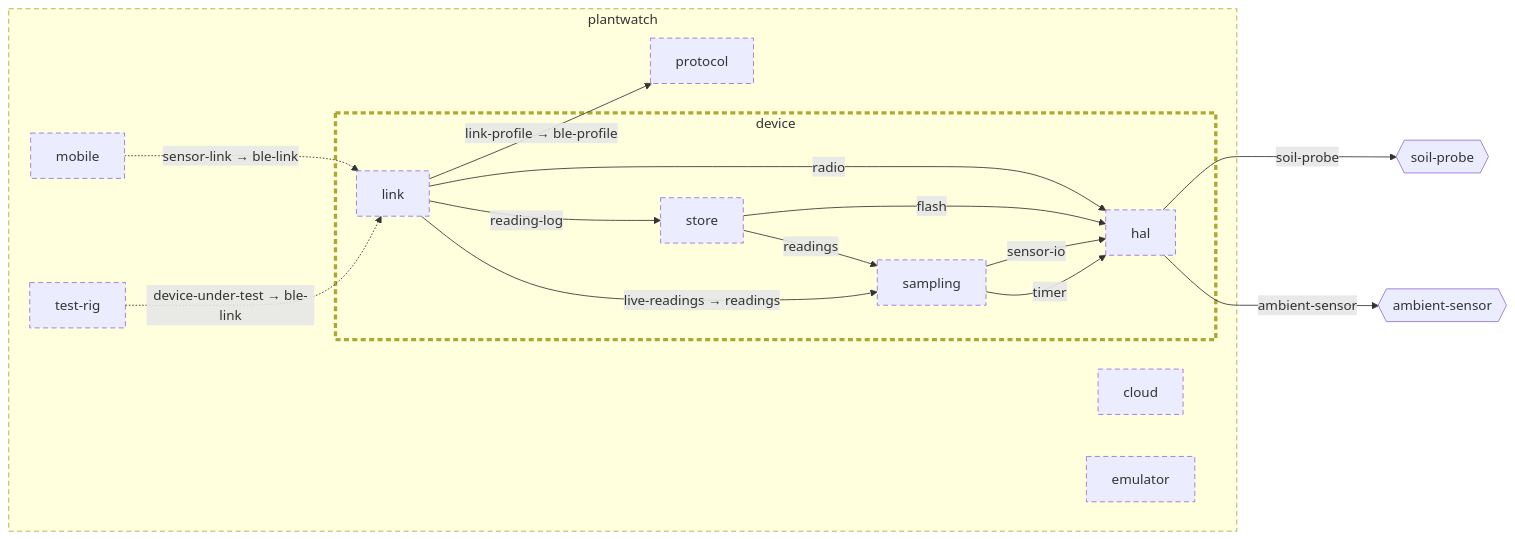
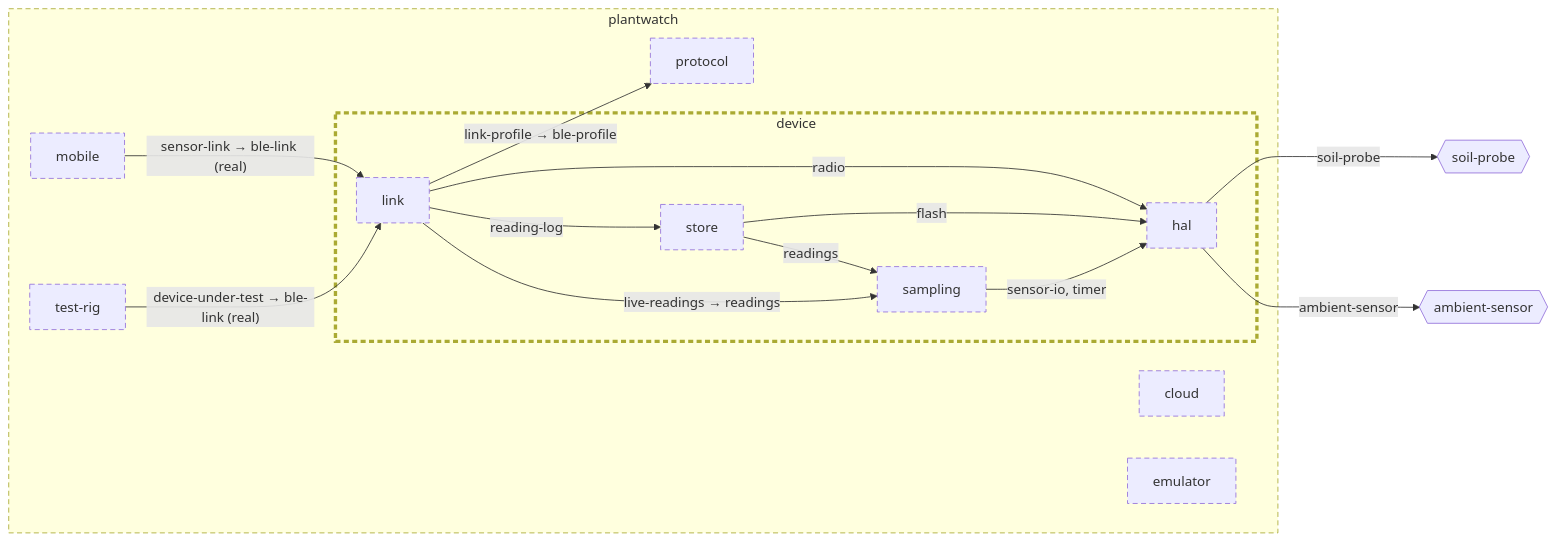
One commit to wackazong/unifold changed the diagram in examples/plantwatch/device/doc/diagrams/architecture.md. Above: the diagram before and after it, drawn with Mermaid. The commit also changed other lines of this file and 330 other files, not shown here.

````diff
--- a/examples/plantwatch/device/doc/diagrams/architecture.md
+++ b/examples/plantwatch/device/doc/diagrams/architecture.md
@@ -8,43 +8,34 @@
 ```mermaid
 flowchart LR
   subgraph u_root["plantwatch"]
     u_cloud["cloud"]
     subgraph u_device["device"]
-      u_device_hal["hal"]
-      u_device_link["link"]
-      u_device_sampling["sampling"]
-      u_device_store["store"]
+      u_device__hal["hal"]
+      u_device__link["link"]
+      u_device__sampling["sampling"]
+      u_device__store["store"]
     end
     u_emulator["emulator"]
     u_mobile["mobile"]
     u_protocol["protocol"]
-    u_test_rig["test-rig"]
+    u_test_drig["test-rig"]
   end
-  n_root_soil_probe{{"soil-probe"}}
-  n_root_ambient_sensor{{"ambient-sensor"}}
-  u_device_hal -->|"soil-probe"| n_root_soil_probe
-  u_device_hal -->|"ambient-sensor"| n_root_ambient_sensor
-  u_device_link -->|"link-profile → ble-profile"| u_protocol
-  u_mobile -.->|"sensor-link → ble-link"| u_device_link
-  u_test_rig -.->|"device-under-test → ble-link"| u_device_link
-  u_device_sampling -->|"sensor-io"| u_device_hal
-  u_device_sampling -->|"timer"| u_device_hal
-  u_device_store -->|"flash"| u_device_hal
-  u_device_store -->|"readings"| u_device_sampling
-  u_device_link -->|"radio"| u_device_hal
-  u_device_link -->|"reading-log"| u_device_store
-  u_device_link -->|"live-readings → readings"| u_device_sampling
-  click u_cloud href "../../../cloud/README.md"
-  click u_device_hal href "../../hal/README.md"
-  click u_device_link href "../../link/README.md"
-  click u_device_sampling href "../../sampling/README.md"
-  click u_device_store href "../../store/README.md"
-  click u_emulator href "../../../emulator/README.md"
-  click u_mobile href "../../../mobile/README.md"
-  click u_protocol href "../../../protocol/README.md"
-  click u_test_rig href "../../../test-rig/README.md"
+  n_root___soil_dprobe{{"soil-probe"}}
+  n_root___ambient_dsensor{{"ambient-sensor"}}
+  u_device__hal -->|"soil-probe"| n_root___soil_dprobe
+  u_device__hal -->|"ambient-sensor"| n_root___ambient_dsensor
+  u_mobile -->|"sensor-link → ble-link (real)"| u_device__link
+  u_test_drig -->|"device-under-test → ble-link (real)"| u_device__link
+  u_device__link -->|"link-profile → ble-profile"| u_protocol
+  u_device__sampling -->|"sensor-io, timer"| u_device__hal
+  u_device__store -->|"flash"| u_device__hal
+  u_device__store -->|"readings"| u_device__sampling
+  u_device__link -->|"radio"| u_device__hal
+  u_device__link -->|"reading-log"| u_device__store
+  u_device__link -->|"live-readings → readings"| u_device__sampling
   classDef focus stroke-width:4px
   classDef planned stroke-dasharray:6 4
-  class u_root,u_cloud,u_device,u_device_hal,u_device_link,u_device_sampling,u_device_store,u_emulator,u_mobile,u_protocol,u_test_rig planned
+  classDef plain stroke-dasharray:2 3
+  class u_root,u_cloud,u_device,u_device__hal,u_device__link,u_device__sampling,u_device__store,u_emulator,u_mobile,u_protocol,u_test_drig planned
   class u_device focus
 ```
````
